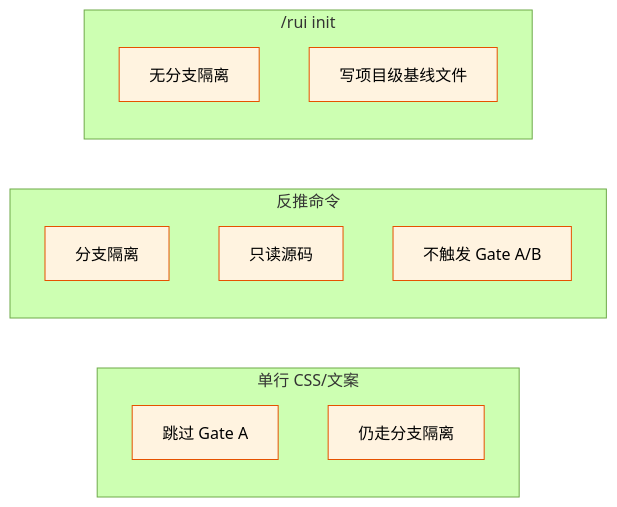
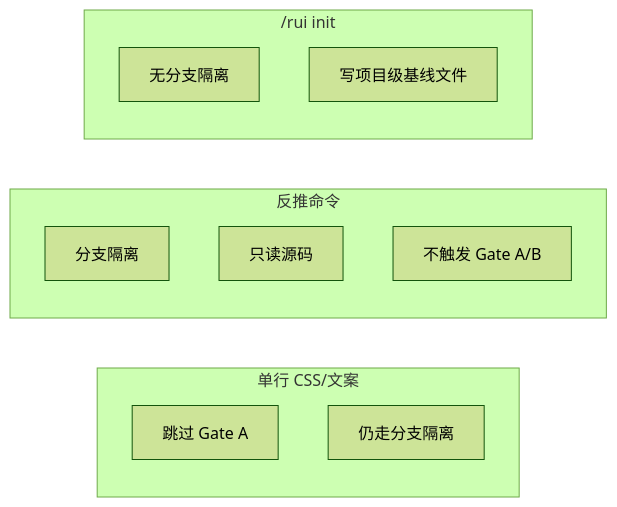
The eighth of 10 diagrams in rules/code-pipeline.md (effiy/YrY), drawn with Mermaid (forest theme) before and after one commit. The commit also changed other lines of this file and 61 other files, not shown here.

````diff
--- a/rules/code-pipeline.md
+++ b/rules/code-pipeline.md
@@ -222,18 +200,17 @@
 ```mermaid
 flowchart LR
     subgraph 单行["单行 CSS/文案"]
         E1["跳过 Gate A"]:::ex
         E2["仍走分支隔离"]:::ex
     end
     subgraph 反推["反推命令"]
         E3["分支隔离"]:::ex
         E4["只读源码"]:::ex
         E5["不触发 Gate A/B"]:::ex
     end
     subgraph init["/rui init"]
         E6["无分支隔离"]:::ex
         E7["写项目级基线文件"]:::ex
     end
 
-    classDef ex fill:#fff3e0,stroke:#e65100;
 ```
````
